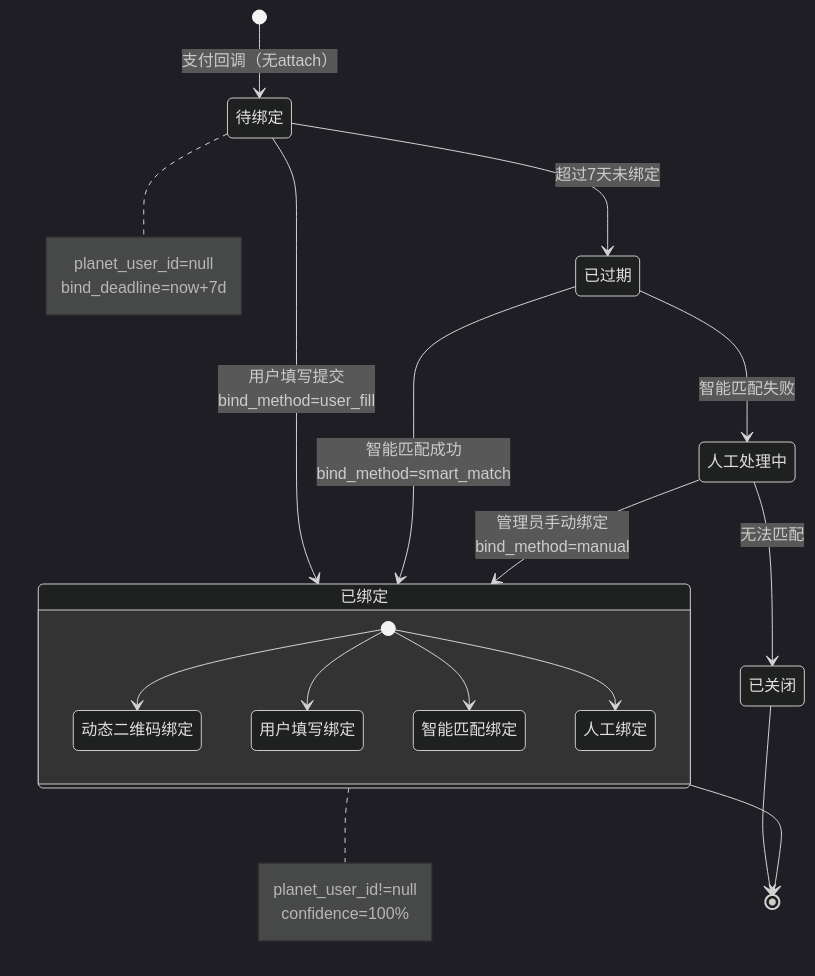
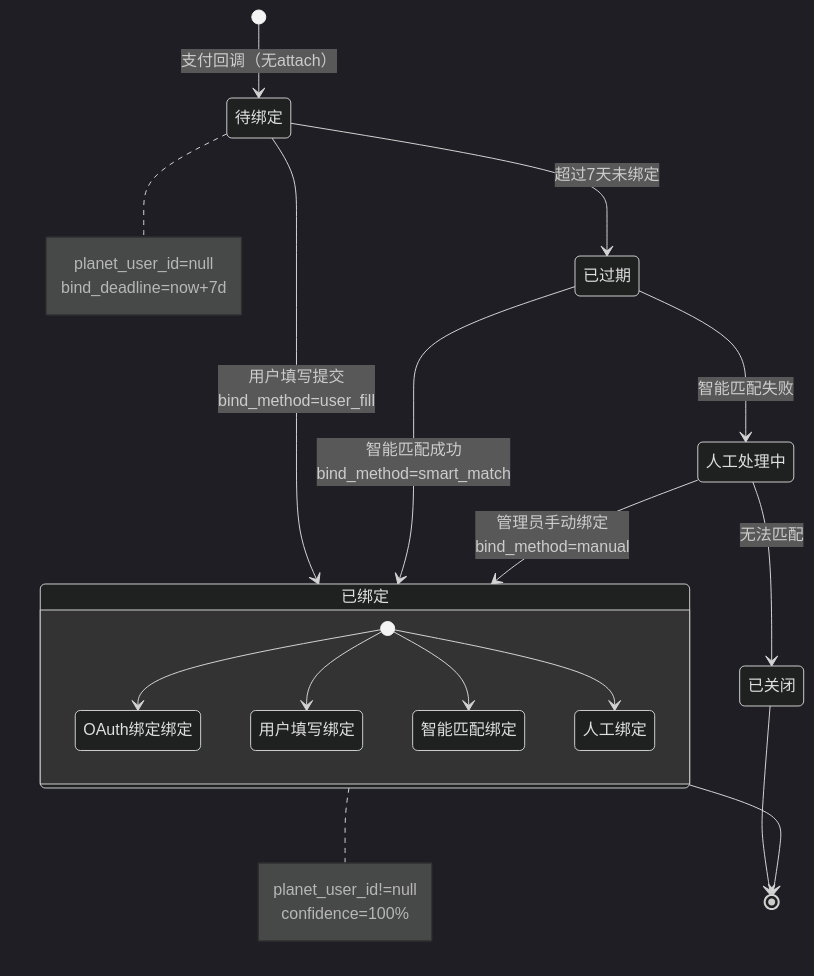
One commit to yiancode/AutoDepositRefundAgent changed the third of 12 diagrams in docs/v1/diagrams/状态机.md. Above: the diagram before and after it, drawn with Mermaid (dark theme). The commit also changed 9 other files, not shown here.

````diff
--- a/docs/v1/diagrams/状态机.md
+++ b/docs/v1/diagrams/状态机.md
@@ -70,27 +70,27 @@
 ```mermaid
 stateDiagram-v2
     [*] --> 待绑定: 支付回调（无attach）
 
     state 已绑定 {
-        [*] --> 动态二维码绑定
+        [*] --> OAuth绑定绑定
         [*] --> 用户填写绑定
         [*] --> 智能匹配绑定
         [*] --> 人工绑定
     }
 
     待绑定 --> 已绑定: 用户填写提交<br/>bind_method=user_fill
     待绑定 --> 已过期: 超过7天未绑定
 
     已过期 --> 已绑定: 智能匹配成功<br/>bind_method=smart_match
     已过期 --> 人工处理中: 智能匹配失败
 
     人工处理中 --> 已绑定: 管理员手动绑定<br/>bind_method=manual
     人工处理中 --> 已关闭: 无法匹配
 
     note right of 待绑定: planet_user_id=null<br/>bind_deadline=now+7d
 
     note right of 已绑定: planet_user_id!=null<br/>confidence=100%
 
     已绑定 --> [*]
     已关闭 --> [*]
 ```
````
